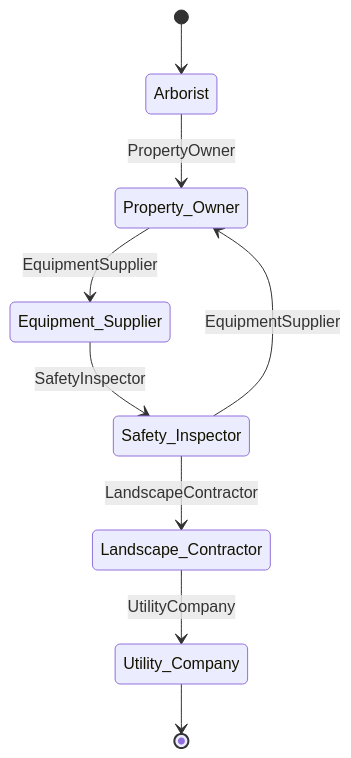
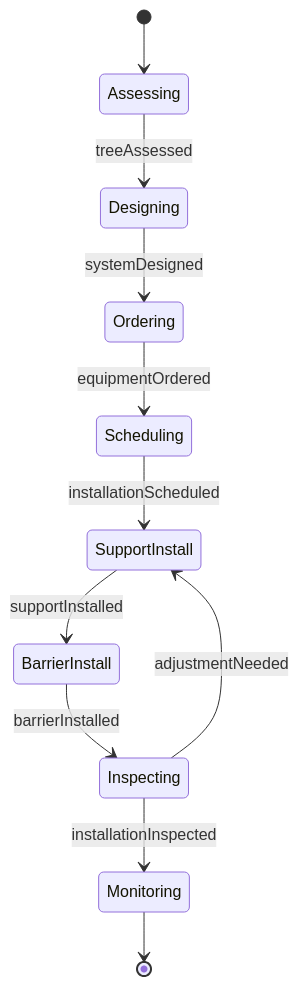
Before and after one commit to dot-org-ai/tasks.org.ai: the second of 4 diagrams in HandlingAndMovingObjects/BuildStructures/InstallEquipmentProtectSupportTrees.mdx, drawn with Mermaid. The commit also changed other lines of this file and 515 other files, not shown here.

````diff
--- a/HandlingAndMovingObjects/BuildStructures/InstallEquipmentProtectSupportTrees.mdx
+++ b/HandlingAndMovingObjects/BuildStructures/InstallEquipmentProtectSupportTrees.mdx
@@ -101,11 +99,13 @@
 ```mermaid
 stateDiagram-v2
-    [*] --> Arborist
-    Arborist --> Property_Owner: PropertyOwner
-    Property_Owner --> Equipment_Supplier: EquipmentSupplier
-    Equipment_Supplier --> Safety_Inspector: SafetyInspector
-    Safety_Inspector --> Landscape_Contractor: LandscapeContractor
-    Landscape_Contractor --> Utility_Company: UtilityCompany
-    Safety_Inspector --> Property_Owner: EquipmentSupplier
-    Utility_Company --> [*]
+    [*] --> Assessing
+    Assessing --> Designing : treeAssessed
+    Designing --> Ordering : systemDesigned
+    Ordering --> Scheduling : equipmentOrdered
+    Scheduling --> SupportInstall : installationScheduled
+    SupportInstall --> BarrierInstall : supportInstalled
+    BarrierInstall --> Inspecting : barrierInstalled
+    Inspecting --> Monitoring : installationInspected
+    Inspecting --> SupportInstall : adjustmentNeeded
+    Monitoring --> [*]
 ```
````
